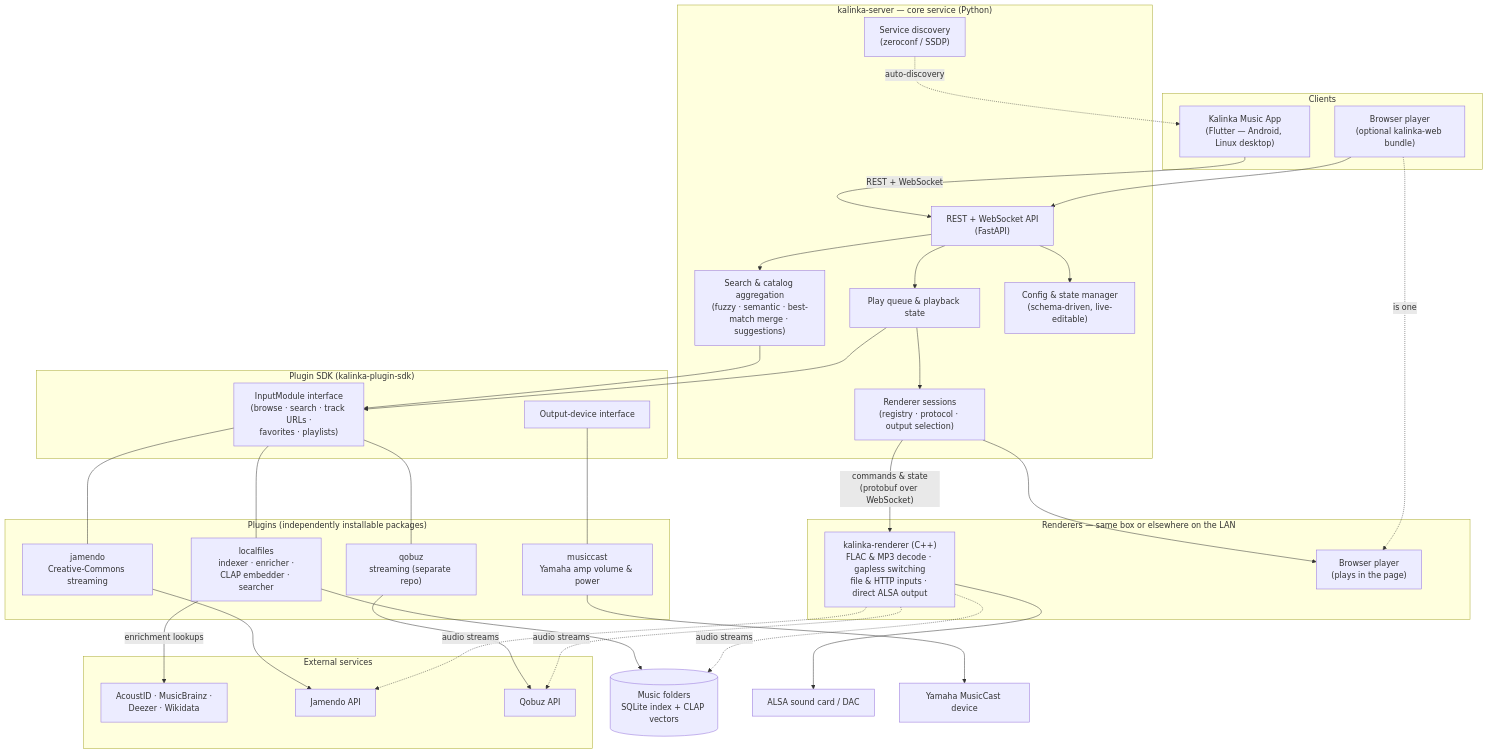
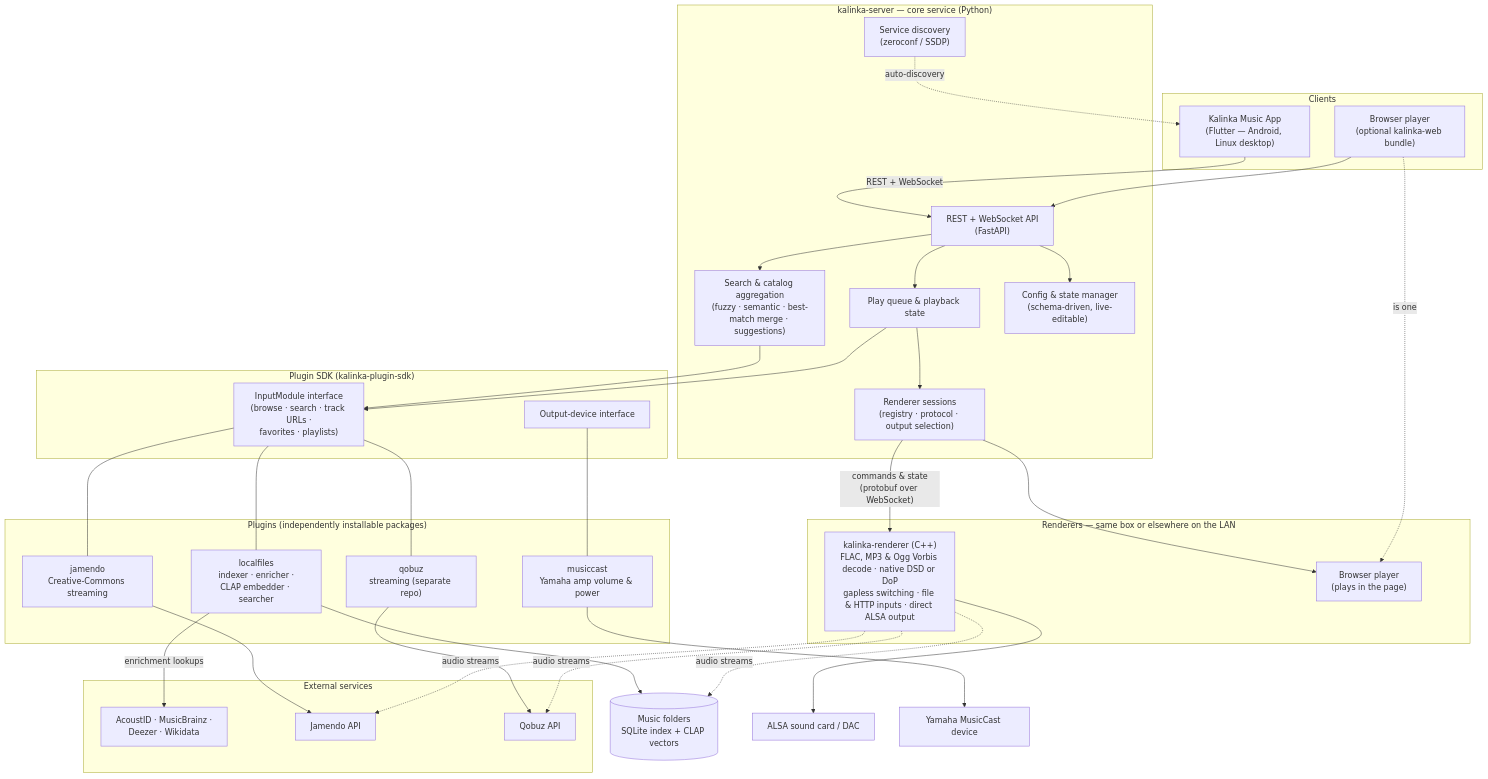
The diagram in docs/what-is-kalinka.md (Kalinka-Player/KalinkaPlayer), drawn with Mermaid before and after one commit. The commit also changed other lines of this file and 2 other files, not shown here.

First line of the commit message:
List Ogg Vorbis and DSD where the docs name the renderer's formats

````diff
--- a/docs/what-is-kalinka.md
+++ b/docs/what-is-kalinka.md
@@ -52,72 +52,72 @@
 ```mermaid
 flowchart TD
     subgraph CLIENTS["Clients"]
         APP["Kalinka Music App<br/>(Flutter — Android, Linux desktop)"]
         WEB["Browser player<br/>(optional kalinka-web bundle)"]
     end
 
     subgraph CORE["kalinka-server — core service (Python)"]
         API["REST + WebSocket API<br/>(FastAPI)"]
         DISC["Service discovery<br/>(zeroconf / SSDP)"]
         QUEUE["Play queue &amp; playback state"]
         SEARCH["Search &amp; catalog aggregation<br/>(fuzzy · semantic · best-match merge · suggestions)"]
         CONF["Config &amp; state manager<br/>(schema-driven, live-editable)"]
         RSESS["Renderer sessions<br/>(registry · protocol · output selection)"]
     end
 
     subgraph RENDERERS["Renderers — same box or elsewhere on the LAN"]
-        NATIVE["kalinka-renderer (C++)<br/>FLAC &amp; MP3 decode · gapless switching<br/>file &amp; HTTP inputs · direct ALSA output"]
+        NATIVE["kalinka-renderer (C++)<br/>FLAC, MP3 &amp; Ogg Vorbis decode · native DSD or DoP<br/>gapless switching · file &amp; HTTP inputs · direct ALSA output"]
         BROWSER["Browser player<br/>(plays in the page)"]
     end
 
     subgraph SDK["Plugin SDK (kalinka-plugin-sdk)"]
         IM["InputModule interface<br/>(browse · search · track URLs ·<br/>favorites · playlists)"]
         OD["Output-device interface"]
     end
 
     subgraph PLUGINS["Plugins (independently installable packages)"]
         LF["localfiles<br/>indexer · enricher ·<br/>CLAP embedder · searcher"]
         JAM["jamendo<br/>Creative-Commons streaming"]
         QOB["qobuz<br/>streaming (separate repo)"]
         MC["musiccast<br/>Yamaha amp volume &amp; power"]
     end
 
     subgraph EXT["External services"]
         META["AcoustID · MusicBrainz ·<br/>Deezer · Wikidata"]
         JAPI["Jamendo API"]
         QAPI["Qobuz API"]
     end
 
     FILES[("Music folders<br/>SQLite index + CLAP vectors")]
     DAC["ALSA sound card / DAC"]
     AMP["Yamaha MusicCast device"]
 
     APP -->|"REST + WebSocket"| API
     WEB --> API
     DISC -.->|"auto-discovery"| APP
 
     API --> QUEUE
     API --> SEARCH
     API --> CONF
     QUEUE --> RSESS
     RSESS -->|"commands &amp; state<br/>(protobuf over WebSocket)"| NATIVE
     RSESS --> BROWSER
     WEB -.->|"is one"| BROWSER
     NATIVE --> DAC
 
     SEARCH --> IM
     QUEUE --> IM
     IM --- LF
     IM --- JAM
     IM --- QOB
     OD --- MC
 
     LF --> FILES
     LF -->|"enrichment lookups"| META
     JAM --> JAPI
     QOB --> QAPI
     NATIVE -.->|"audio streams"| FILES
     NATIVE -.->|"audio streams"| JAPI
     NATIVE -.->|"audio streams"| QAPI
     MC --> AMP
 ```
````
